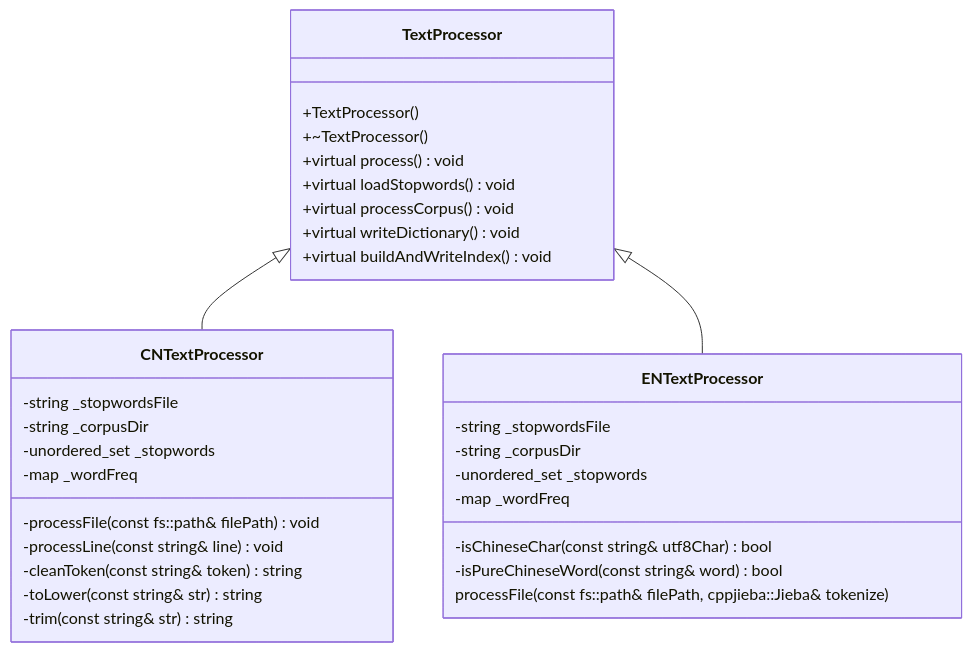
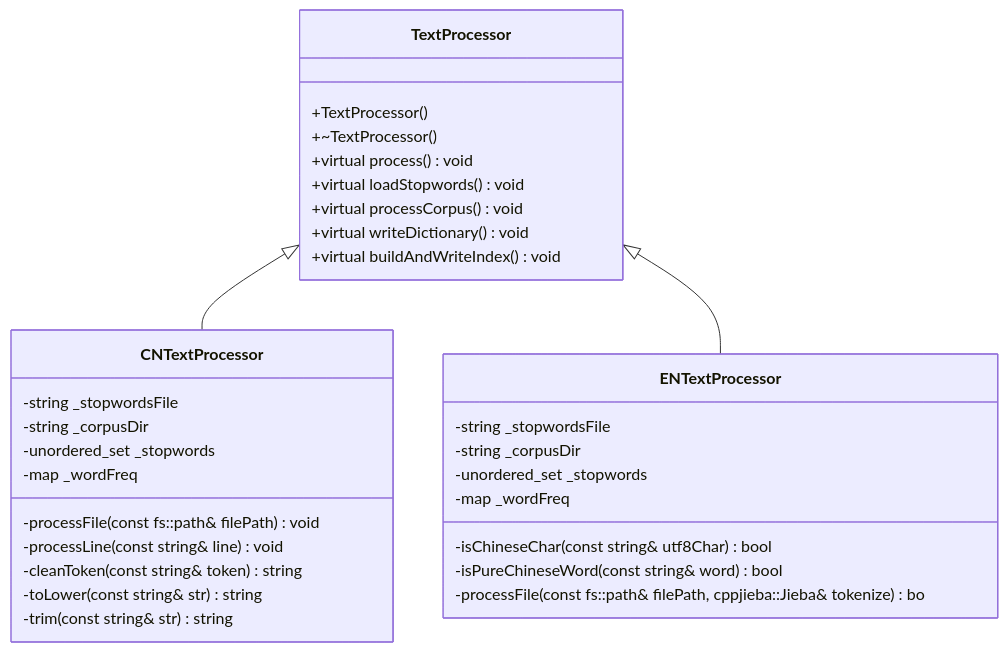
Before and after one commit to Jason-DancingBoy/iodraw-files: the diagram in all/未命名-1.md, drawn with Mermaid.

Commit message:
2026-01-02 21:21:38 update

````diff
--- a/all/未命名-1.md
+++ b/all/未命名-1.md
@@ -1,36 +1,36 @@
 ```mermaid
 classDiagram
     TextProcessor <|-- CNTextProcessor
     TextProcessor <|-- ENTextProcessor
     TextProcessor: +TextProcessor()
     TextProcessor: +~TextProcessor()
     TextProcessor: +virtual process() void
     TextProcessor: +virtual loadStopwords() void 
     TextProcessor: +virtual processCorpus() void
     TextProcessor: +virtual writeDictionary() void
     TextProcessor: +virtual buildAndWriteIndex() void
     class CNTextProcessor{
       -string _stopwordsFile
       -string _corpusDir
       -unordered_set<string> _stopwords
       -map<string, int> _wordFreq
       -processFile(const fs::path& filePath) void
       -processLine(const string& line) void 
       -cleanToken(const string& token) string
       -toLower(const string& str) string
       -trim(const string& str) string
     }
     class ENTextProcessor{
       -string _stopwordsFile
       -string _corpusDir
       -unordered_set<string> _stopwords
       -map<string, int> _wordFreq
       -isChineseChar(const string& utf8Char) bool
       -isPureChineseWord(const string& word) bool
-      processFile(const fs::path& filePath, cppjieba::Jieba& tokenize)
+      -processFile(const fs::path& filePath, cppjieba::Jieba& tokenize) bo
     }
     %%  string _stopwordsFile; // 存放停用词文件名
     %%  string _corpusDir; // 存放语料库目录
     %%  unordered_set<string> _stopwords; // 用来存放停用词
     %%  map<string, int> _wordFreq;
 ```
````
